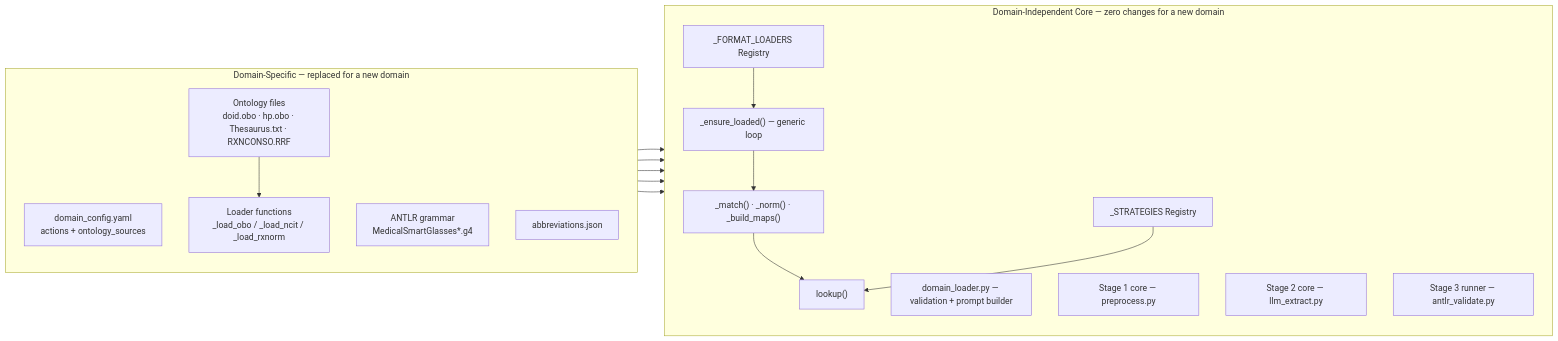
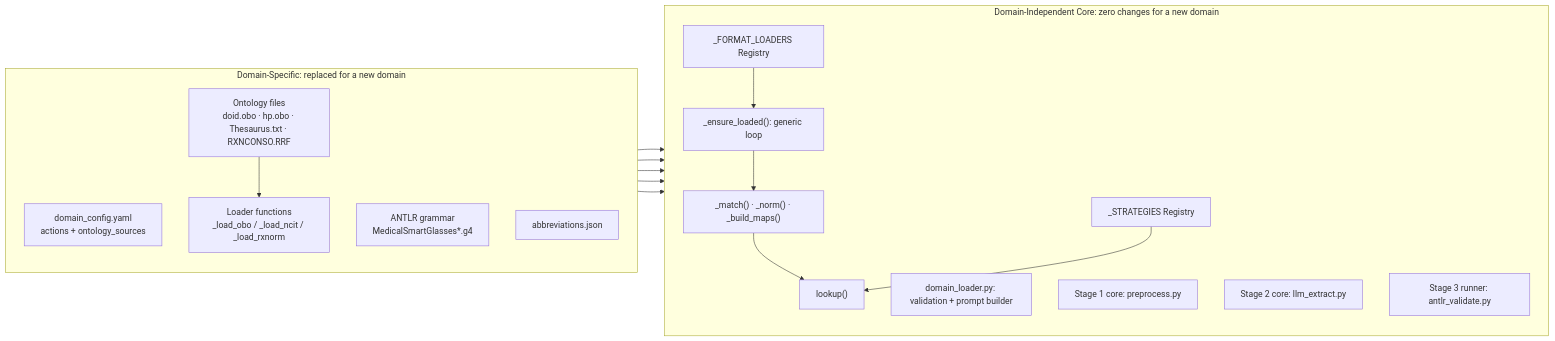
Before and after one commit to anushkajoshi909/medical-voice-intent-pipeline: the third of 3 diagrams in docs/uml_diagrams.md, drawn with Mermaid. The commit also changed other lines of this file and 10 other files, not shown here.

````diff
--- a/docs/uml_diagrams.md
+++ b/docs/uml_diagrams.md
@@ -121,35 +121,35 @@
 ```mermaid
 graph LR
-    subgraph GENERIC["Domain-Independent Core — zero changes for a new domain"]
+    subgraph GENERIC["Domain-Independent Core: zero changes for a new domain"]
         direction TB
         LU["lookup()"]
         MT["_match() · _norm() · _build_maps()"]
         STR["_STRATEGIES Registry"]
         FLR["_FORMAT_LOADERS Registry"]
-        EL["_ensure_loaded() — generic loop"]
-        DL["domain_loader.py — validation + prompt builder"]
-        S1C["Stage 1 core — preprocess.py"]
-        S2C["Stage 2 core — llm_extract.py"]
-        S3C["Stage 3 runner — antlr_validate.py"]
+        EL["_ensure_loaded(): generic loop"]
+        DL["domain_loader.py: validation + prompt builder"]
+        S1C["Stage 1 core: preprocess.py"]
+        S2C["Stage 2 core: llm_extract.py"]
+        S3C["Stage 3 runner: antlr_validate.py"]
     end
 
-    subgraph DOMAIN["Domain-Specific — replaced for a new domain"]
+    subgraph DOMAIN["Domain-Specific: replaced for a new domain"]
         direction TB
         DC["domain_config.yaml\nactions + ontology_sources"]
         LD["Loader functions\n_load_obo / _load_ncit / _load_rxnorm"]
         ONT["Ontology files\ndoid.obo · hp.obo · Thesaurus.txt · RXNCONSO.RRF"]
         GR["ANTLR grammar\nMedicalSmartGlasses*.g4"]
         AB["abbreviations.json"]
     end
 
     DC --> EL
     DC --> DL
     ONT --> LD
     LD --> FLR
     FLR --> EL
     EL --> MT
     MT --> LU
     STR --> LU
     GR --> S3C
     AB --> S1C
 ```
````
